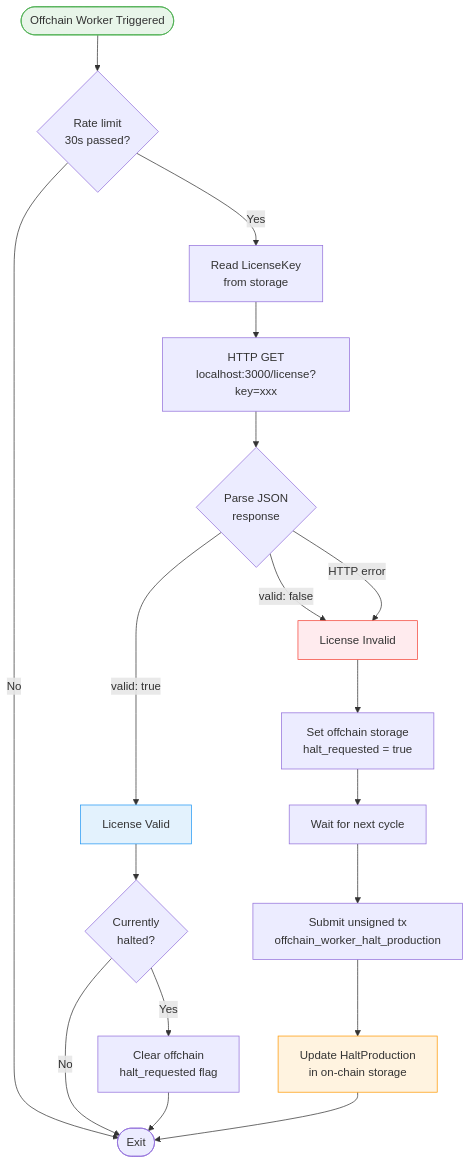
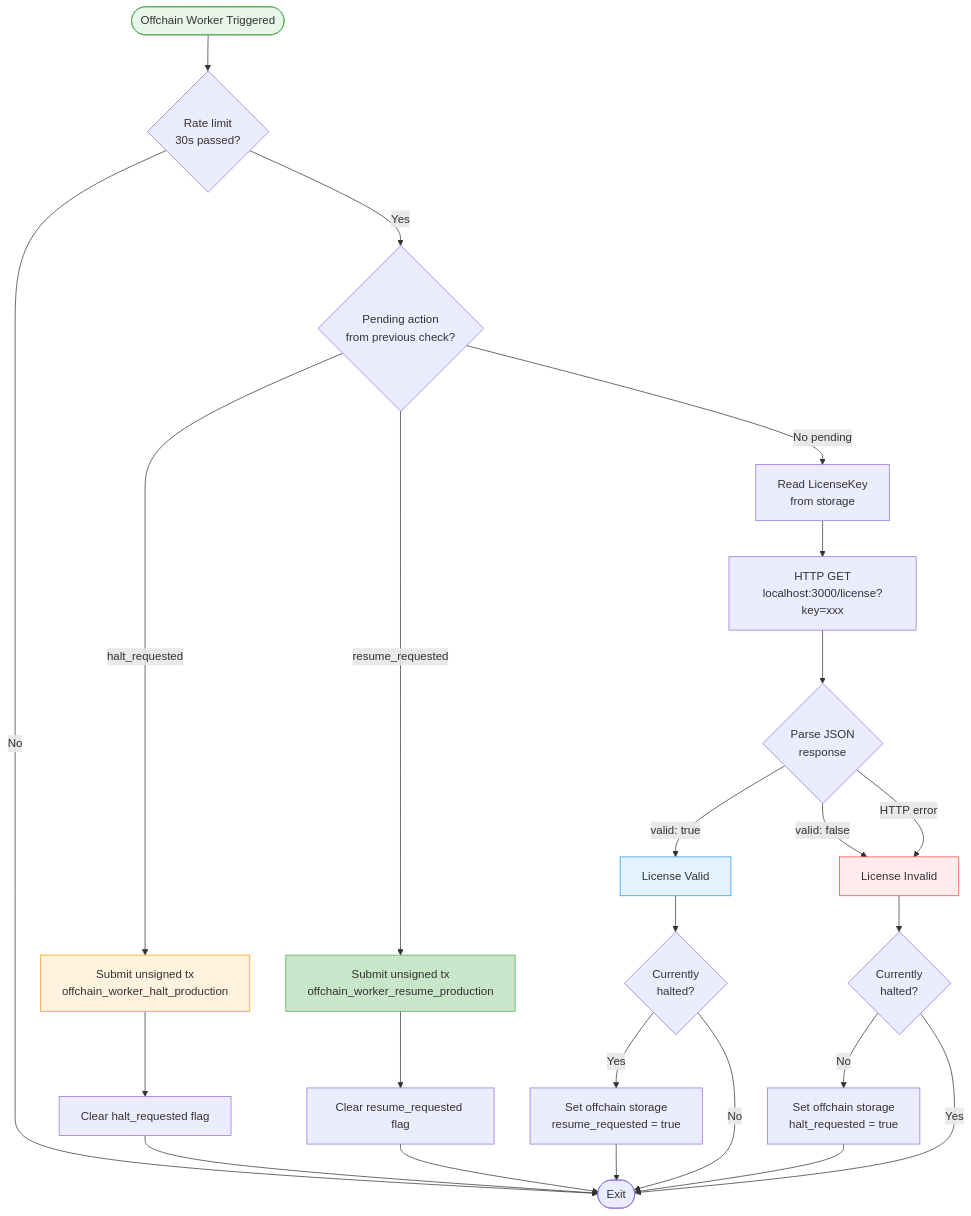
The third of 3 diagrams in pallets/licensed-aura/README.md (agustinustheo/licensable-runtime), drawn with Mermaid before and after one commit. The commit also changed other lines of this file and 4 other files, not shown here.

````diff
--- a/pallets/licensed-aura/README.md
+++ b/pallets/licensed-aura/README.md
@@ -196,31 +276,39 @@
 ```mermaid
 flowchart TD
     Start([Offchain Worker Triggered]) --> RateLimit{Rate limit<br/>30s passed?}
     RateLimit -->|No| End([Exit])
-    RateLimit -->|Yes| ReadKey[Read LicenseKey<br/>from storage]
+    RateLimit -->|Yes| CheckPending{Pending action<br/>from previous check?}
+
+    CheckPending -->|halt_requested| SubmitHalt[Submit unsigned tx<br/>offchain_worker_halt_production]
+    CheckPending -->|resume_requested| SubmitResume[Submit unsigned tx<br/>offchain_worker_resume_production]
+    CheckPending -->|No pending| ReadKey[Read LicenseKey<br/>from storage]
+
+    SubmitHalt --> ClearHaltFlag[Clear halt_requested flag]
+    SubmitResume --> ClearResumeFlag[Clear resume_requested flag]
+    ClearHaltFlag --> End
+    ClearResumeFlag --> End
 
     ReadKey --> CallAPI[HTTP GET<br/>localhost:3000/license?key=xxx]
     CallAPI --> Parse{Parse JSON<br/>response}
 
     Parse -->|valid: true| Valid[License Valid]
     Parse -->|valid: false| Invalid[License Invalid]
     Parse -->|HTTP error| Invalid
 
-    Invalid --> SetFlag[Set offchain storage<br/>halt_requested = true]
-    SetFlag --> NextCycle[Wait for next cycle]
-
-    NextCycle --> SubmitTx[Submit unsigned tx<br/>offchain_worker_halt_production]
-    SubmitTx --> UpdateStorage[Update HaltProduction<br/>in on-chain storage]
+    Invalid --> CheckCurrentlyHalted{Currently<br/>halted?}
+    CheckCurrentlyHalted -->|No| SetHaltFlag[Set offchain storage<br/>halt_requested = true]
+    CheckCurrentlyHalted -->|Yes| End
 
     Valid --> CheckHalted{Currently<br/>halted?}
-    CheckHalted -->|Yes| ClearOffchain[Clear offchain<br/>halt_requested flag]
+    CheckHalted -->|Yes| SetResumeFlag[Set offchain storage<br/>resume_requested = true]
     CheckHalted -->|No| End
 
-    ClearOffchain --> End
-    UpdateStorage --> End
+    SetHaltFlag --> End
+    SetResumeFlag --> End
 
     style Start fill:#e8f5e9,stroke:#4caf50
     style Invalid fill:#ffebee,stroke:#f44336
     style Valid fill:#e3f2fd,stroke:#2196f3
-    style UpdateStorage fill:#fff3e0,stroke:#ff9800
+    style SubmitHalt fill:#fff3e0,stroke:#ff9800
+    style SubmitResume fill:#c8e6c9,stroke:#4caf50
 ```
````
